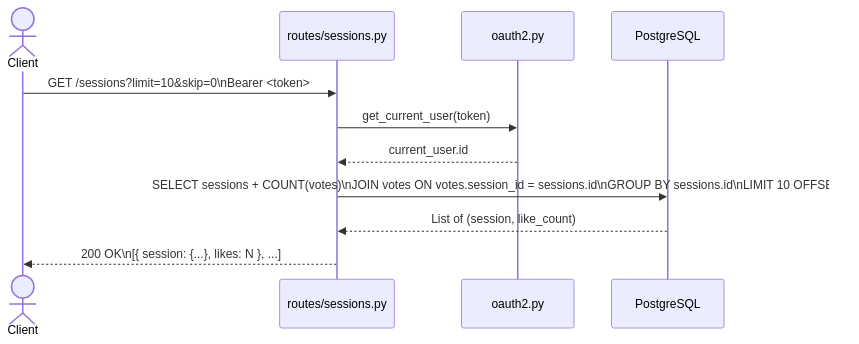
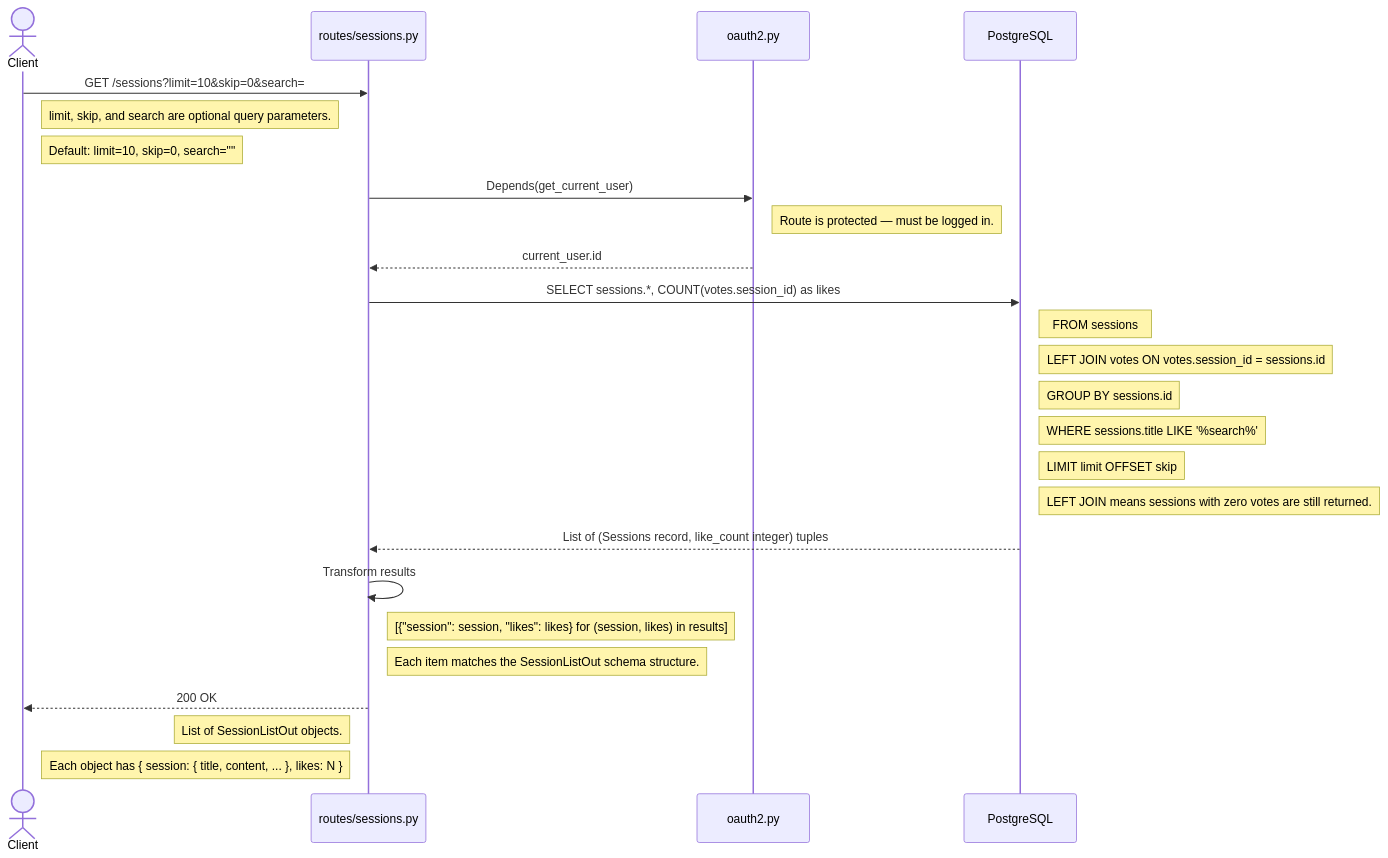
Before and after one commit to john3lizama/Music_Practice_Companion: the fifth of 7 diagrams in docs/05_sequence_diagrams.md, drawn with Mermaid. The commit also changed other lines of this file and 5 other files, not shown here.

Commit message:
Enhance audio data pipeline documentation: clarify purpose, structure, and flow; detail each processing step with inputs, outputs, and algorithms; improve feedback generation and scoring sections; and outline implementation order and future enhancements.

````diff
--- a/docs/05_sequence_diagrams.md
+++ b/docs/05_sequence_diagrams.md
@@ -109,16 +217,33 @@
 ```mermaid
 sequenceDiagram
     actor Client
-    participant Route as routes/sessions.py
-    participant OAuth as oauth2.py
-    participant DB as PostgreSQL
 
-    Client->>Route: GET /sessions?limit=10&skip=0\nBearer <token>
-    Route->>OAuth: get_current_user(token)
+    participant Route   as routes/sessions.py
+    participant OAuth   as oauth2.py
+    participant DB      as PostgreSQL
+
+    Client->>Route: GET /sessions?limit=10&skip=0&search=
+    Note right of Client: limit, skip, and search are optional query parameters.
+    Note right of Client: Default: limit=10, skip=0, search=""
+
+    Route->>OAuth: Depends(get_current_user)
+    Note right of OAuth: Route is protected — must be logged in.
     OAuth-->>Route: current_user.id
 
-    Route->>DB: SELECT sessions + COUNT(votes)\nJOIN votes ON votes.session_id = sessions.id\nGROUP BY sessions.id\nLIMIT 10 OFFSET 0
-    DB-->>Route: List of (session, like_count)
+    Route->>DB: SELECT sessions.*, COUNT(votes.session_id) as likes
+    Note right of DB: FROM sessions
+    Note right of DB: LEFT JOIN votes ON votes.session_id = sessions.id
+    Note right of DB: GROUP BY sessions.id
+    Note right of DB: WHERE sessions.title LIKE '%search%'
+    Note right of DB: LIMIT limit OFFSET skip
+    Note right of DB: LEFT JOIN means sessions with zero votes are still returned.
+    DB-->>Route: List of (Sessions record, like_count integer) tuples
 
-    Route-->>Client: 200 OK\n[{ session: {...}, likes: N }, ...]
+    Route->>Route: Transform results
+    Note right of Route: [{"session": session, "likes": likes} for (session, likes) in results]
+    Note right of Route: Each item matches the SessionListOut schema structure.
+
+    Route-->>Client: 200 OK
+    Note left of Route: List of SessionListOut objects.
+    Note left of Route: Each object has { session: { title, content, ... }, likes: N }
 ```
````
